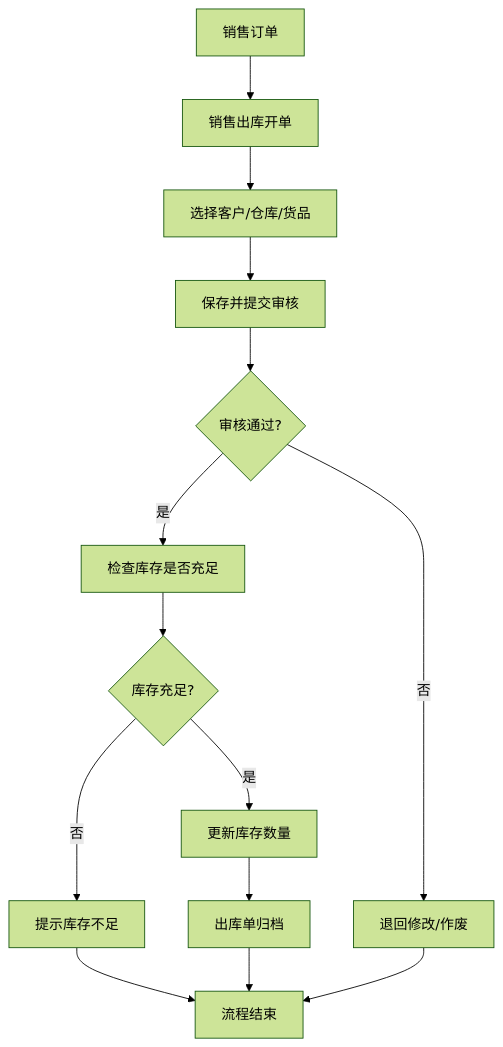
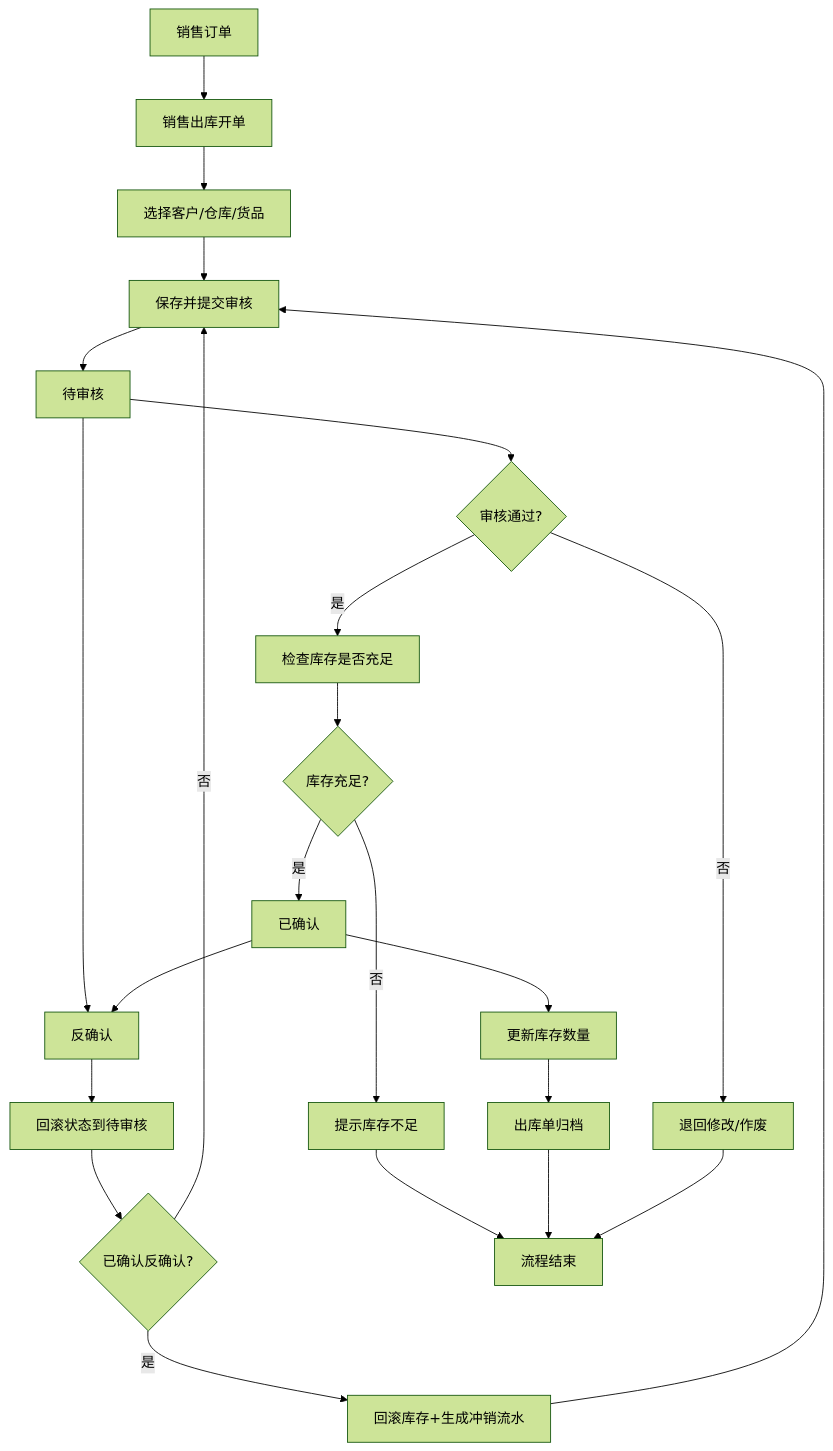
One commit to bakuaifuji-8kuai/8kuaifuji changed the second of 3 diagrams in .trae/documents/PRD-仓库管理系统.md. Above: the diagram before and after it, drawn with Mermaid (forest theme). The commit also changed other lines of this file and 4 other files, not shown here.

````diff
--- a/.trae/documents/PRD-仓库管理系统.md
+++ b/.trae/documents/PRD-仓库管理系统.md
@@ -72,16 +120,25 @@
 ```mermaid
 graph TD
     A[销售订单] --> B[销售出库开单]
     B --> C[选择客户/仓库/货品]
     C --> D[保存并提交审核]
-    D --> E{审核通过?}
-    E -->|是| F[检查库存是否充足]
-    F --> G{库存充足?}
-    G -->|是| H[更新库存数量]
-    G -->|否| I[提示库存不足]
-    H --> J[出库单归档]
-    I --> K[流程结束]
-    J --> K
-    E -->|否| L[退回修改/作废]
-    L --> K
+    D --> E[待审核]
+    E --> F{审核通过?}
+    F -->|是| G[检查库存是否充足]
+    G --> H{库存充足?}
+    H -->|是| I[已确认]
+    H -->|否| J[提示库存不足]
+    I --> K[更新库存数量]
+    K --> L[出库单归档]
+    F -->|否| M[退回修改/作废]
+    E --> N[反确认]
+    I --> N
+    N --> O[回滚状态到待审核]
+    O --> P{已确认反确认?}
+    P -->|是| Q[回滚库存+生成冲销流水]
+    P -->|否| D
+    Q --> D
+    J --> R[流程结束]
+    L --> R
+    M --> R
 ```
````
